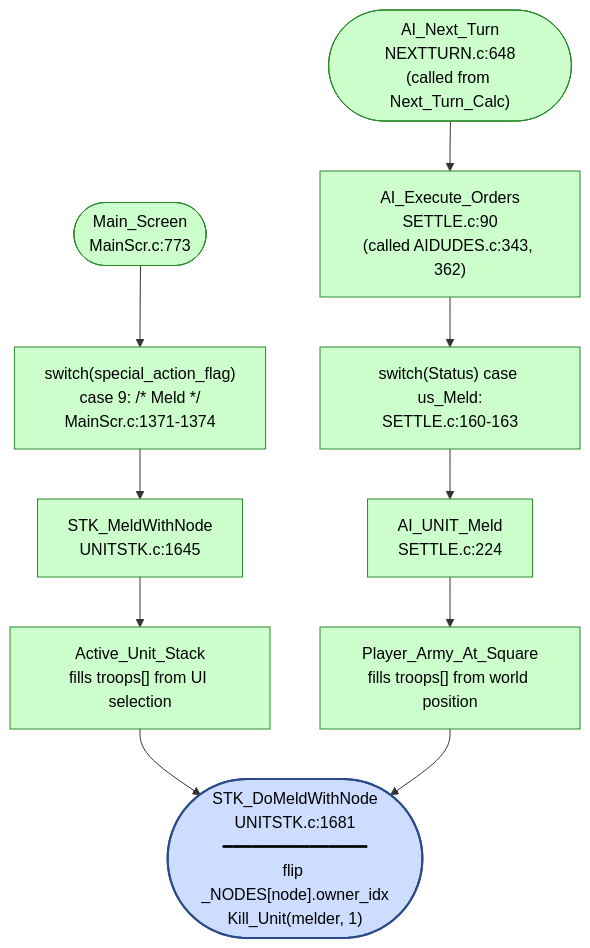
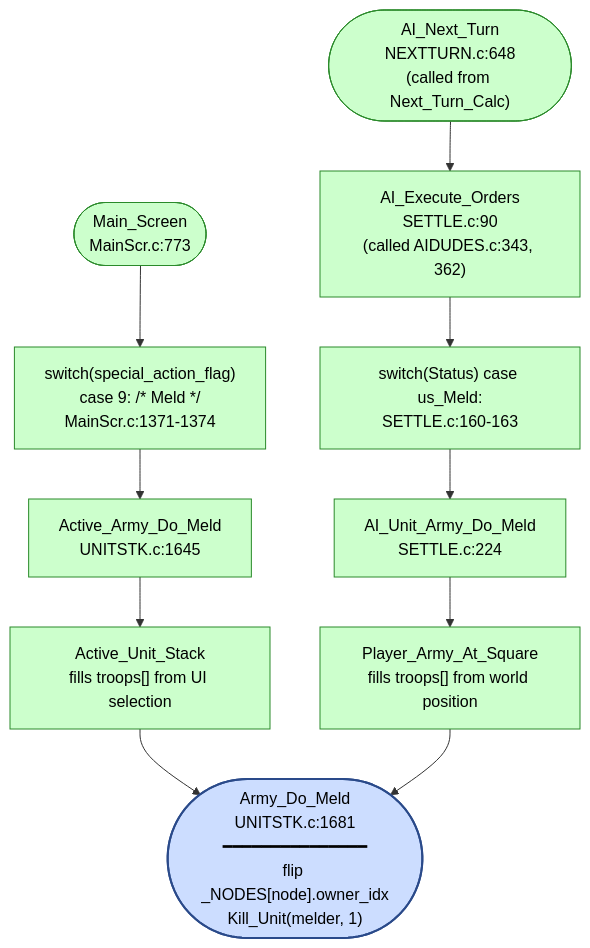
One commit to jbalcomb/ReMoM changed the diagram in doc/ComputerPlayer/AIMOVE-AI_Do_Meld.md. Above: the diagram before and after it, drawn with Mermaid. The commit also changed other lines of this file and 12 other files, not shown here.

Commit message:
done-done AI_Unit_Army_Do_Meld()

````diff
--- a/doc/ComputerPlayer/AIMOVE-AI_Do_Meld.md
+++ b/doc/ComputerPlayer/AIMOVE-AI_Do_Meld.md
@@ -70,28 +70,28 @@
 ```mermaid
 flowchart TD
     %% Human path
     MainScreen(["Main_Screen<br/>MainScr.c:773"])
     MainScr["switch(special_action_flag)<br/>case 9: /* Meld */<br/>MainScr.c:1371-1374"]
-    StkMeld["STK_MeldWithNode<br/>UNITSTK.c:1645"]
+    StkMeld["Active_Army_Do_Meld<br/>UNITSTK.c:1645"]
     ActiveStack["Active_Unit_Stack<br/>fills troops[] from UI selection"]
 
     %% AI dispatch path
     AINext(["AI_Next_Turn<br/>NEXTTURN.c:648<br/>(called from Next_Turn_Calc)"])
     AIMove["AI_Execute_Orders<br/>SETTLE.c:90<br/>(called AIDUDES.c:343, 362)"]
     DispatchMeld["switch(Status) case us_Meld:<br/>SETTLE.c:160-163"]
-    AIUnitMeld["AI_UNIT_Meld<br/>SETTLE.c:224"]
+    AIUnitMeld["AI_Unit_Army_Do_Meld<br/>SETTLE.c:224"]
     PlayerArmy["Player_Army_At_Square<br/>fills troops[] from world position"]
 
     %% Central target
-    Target(["STK_DoMeldWithNode<br/>UNITSTK.c:1681<br/>━━━━━━━━━━━━━━━<br/>flip _NODES[node].owner_idx<br/>Kill_Unit(melder, 1)"])
+    Target(["Army_Do_Meld<br/>UNITSTK.c:1681<br/>━━━━━━━━━━━━━━━<br/>flip _NODES[node].owner_idx<br/>Kill_Unit(melder, 1)"])
 
     %% Edges
     MainScreen --> MainScr --> StkMeld --> ActiveStack --> Target
     AINext --> AIMove --> DispatchMeld --> AIUnitMeld --> PlayerArmy --> Target
 
     classDef working fill:#ccffcc,stroke:#2a8a2a,color:#000
     classDef target fill:#ccddff,stroke:#2a4a8a,color:#000,stroke-width:2px
 
     class MainScreen,MainScr,StkMeld,ActiveStack,AINext,AIMove,DispatchMeld,AIUnitMeld,PlayerArmy working
     class Target target
 ```
````
